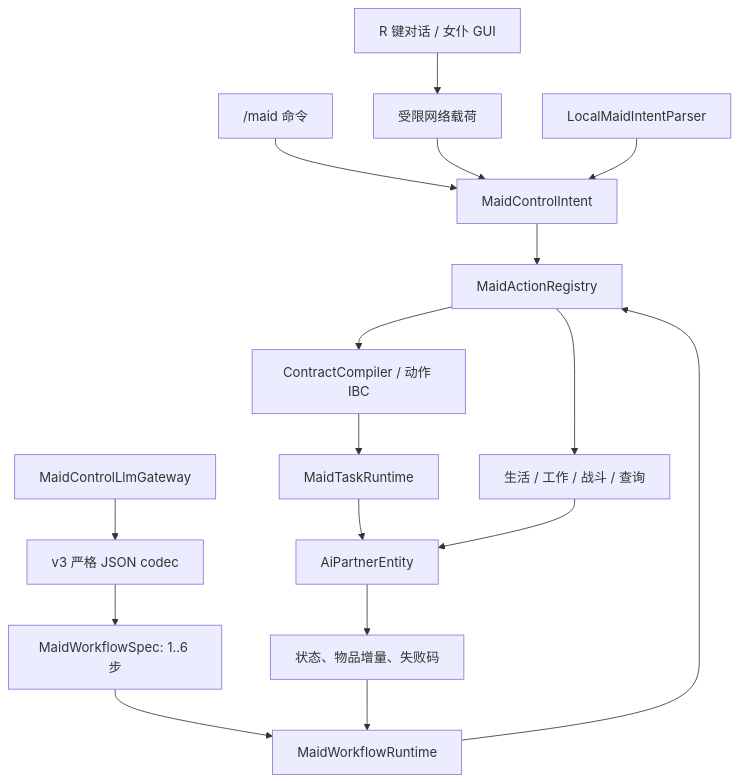
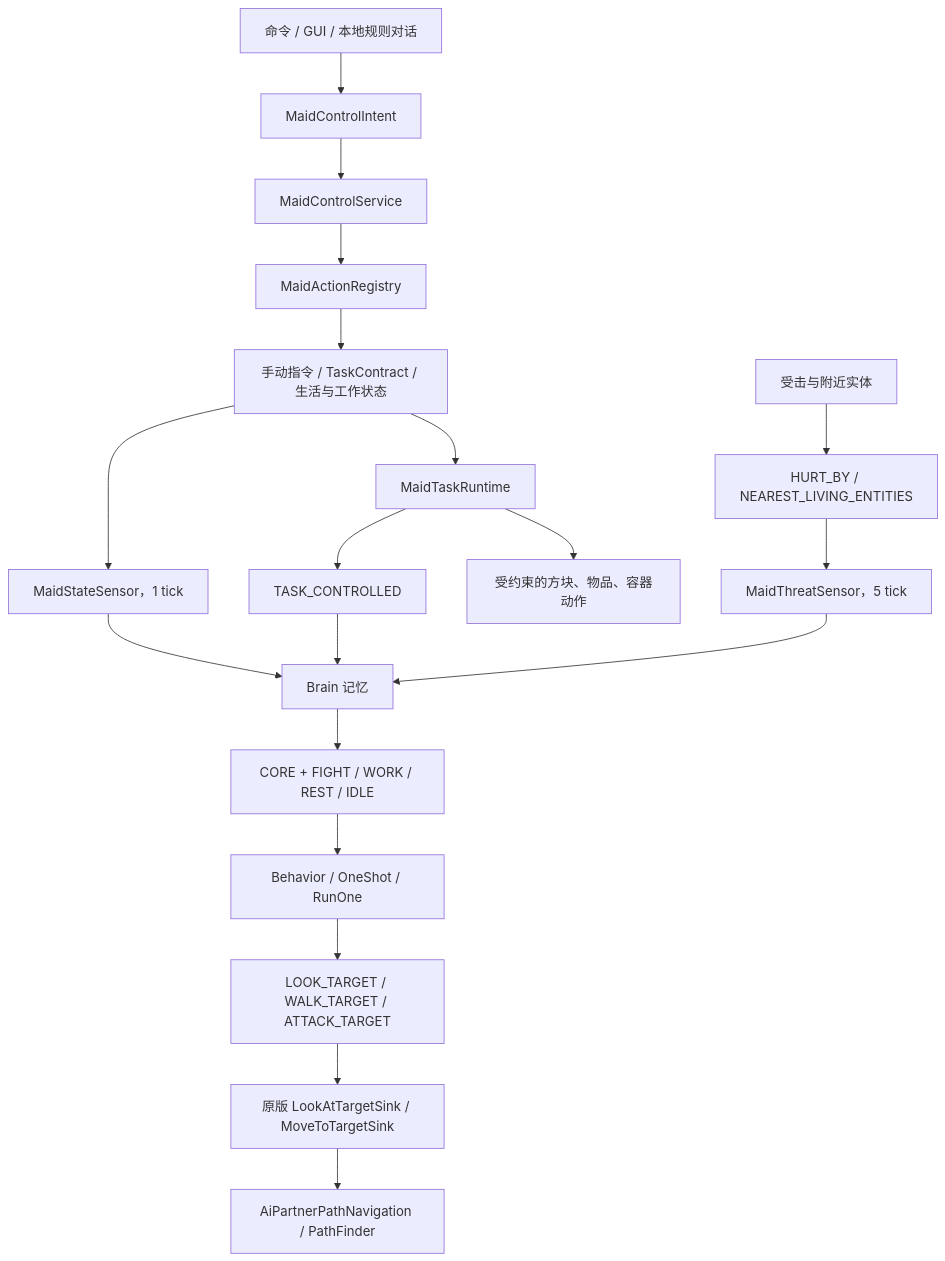
Before and after one commit to ozozorz/ai-partner: the diagram in docs/ARCHITECTURE.md, drawn with Mermaid. The commit also changed other lines of this file and 324 other files, not shown here.

````diff
--- a/docs/ARCHITECTURE.md
+++ b/docs/ARCHITECTURE.md
@@ -14,19 +16,24 @@
 ```mermaid
 flowchart TD
-    Client["R 键对话 / 女仆 GUI"] --> Network["受限网络载荷"]
-    Command["/maid 命令"] --> Intent["MaidControlIntent"]
-    Network --> Intent
-    Local["LocalMaidIntentParser"] --> Intent
-    Model["MaidControlLlmGateway"] --> Codec["v3 严格 JSON codec"]
-    Codec --> Plan["MaidWorkflowSpec: 1..6 步"]
-    Plan --> Workflow["MaidWorkflowRuntime"]
-    Workflow --> Registry["MaidActionRegistry"]
-    Intent --> Registry
-    Registry --> Contract["ContractCompiler / 动作 IBC"]
-    Contract --> Task["MaidTaskRuntime"]
-    Registry --> Controllers["生活 / 工作 / 战斗 / 查询"]
-    Task --> Entity["AiPartnerEntity"]
-    Controllers --> Entity
-    Entity --> Receipt["状态、物品增量、失败码"]
-    Receipt --> Workflow
+    Input["命令 / GUI / 本地规则对话"] --> Intent["MaidControlIntent"]
+    Intent --> Service["MaidControlService"]
+    Service --> Registry["MaidActionRegistry"]
+    Registry --> State["手动指令 / TaskContract / 生活与工作状态"]
+
+    State --> StateSensor["MaidStateSensor，1 tick"]
+    Hurt["受击与附近实体"] --> VanillaSensors["HURT_BY / NEAREST_LIVING_ENTITIES"]
+    StateSensor --> Brain["Brain 记忆"]
+    VanillaSensors --> ThreatSensor["MaidThreatSensor，5 tick"]
+    ThreatSensor --> Brain
+
+    Brain --> Activities["CORE + FIGHT / WORK / REST / IDLE"]
+    Activities --> Behaviors["Behavior / OneShot / RunOne"]
+    Behaviors --> Targets["LOOK_TARGET / WALK_TARGET / ATTACK_TARGET"]
+    Targets --> Sinks["原版 LookAtTargetSink / MoveToTargetSink"]
+    Sinks --> Navigation["AiPartnerPathNavigation / PathFinder"]
+
+    State --> TaskRuntime["MaidTaskRuntime"]
+    TaskRuntime --> TaskMarker["TASK_CONTROLLED"]
+    TaskMarker --> Brain
+    TaskRuntime --> WorldActions["受约束的方块、物品、容器动作"]
 ```
````
